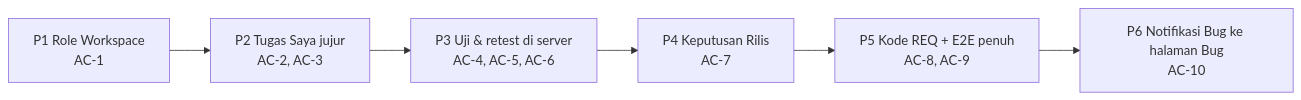
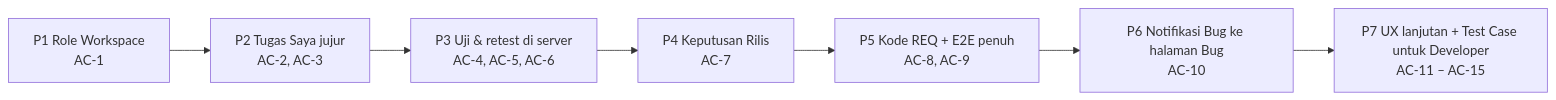
One commit to oneilreyand/qlickhub changed the diagram in docs/features/E2E-SDLC-FLOW/breakdown.md. Above: the diagram before and after it, drawn with Mermaid. The commit also changed other lines of this file and 43 other files, not shown here.

First line of the commit message:
feat(e2e-sdlc-flow): P7 UX lanjutan dan Test Case untuk Developer

````diff
--- a/docs/features/E2E-SDLC-FLOW/breakdown.md
+++ b/docs/features/E2E-SDLC-FLOW/breakdown.md
@@ -22,8 +22,9 @@
 ```mermaid
 flowchart LR
     P1["P1 Role Workspace<br/>AC-1"] --> P2["P2 Tugas Saya jujur<br/>AC-2, AC-3"]
     P2 --> P3["P3 Uji & retest di server<br/>AC-4, AC-5, AC-6"]
     P3 --> P4["P4 Keputusan Rilis<br/>AC-7"]
     P4 --> P5["P5 Kode REQ + E2E penuh<br/>AC-8, AC-9"]
     P5 --> P6["P6 Notifikasi Bug ke halaman Bug<br/>AC-10"]
+    P6 --> P7["P7 UX lanjutan + Test Case untuk Developer<br/>AC-11 – AC-15"]
 ```
````
